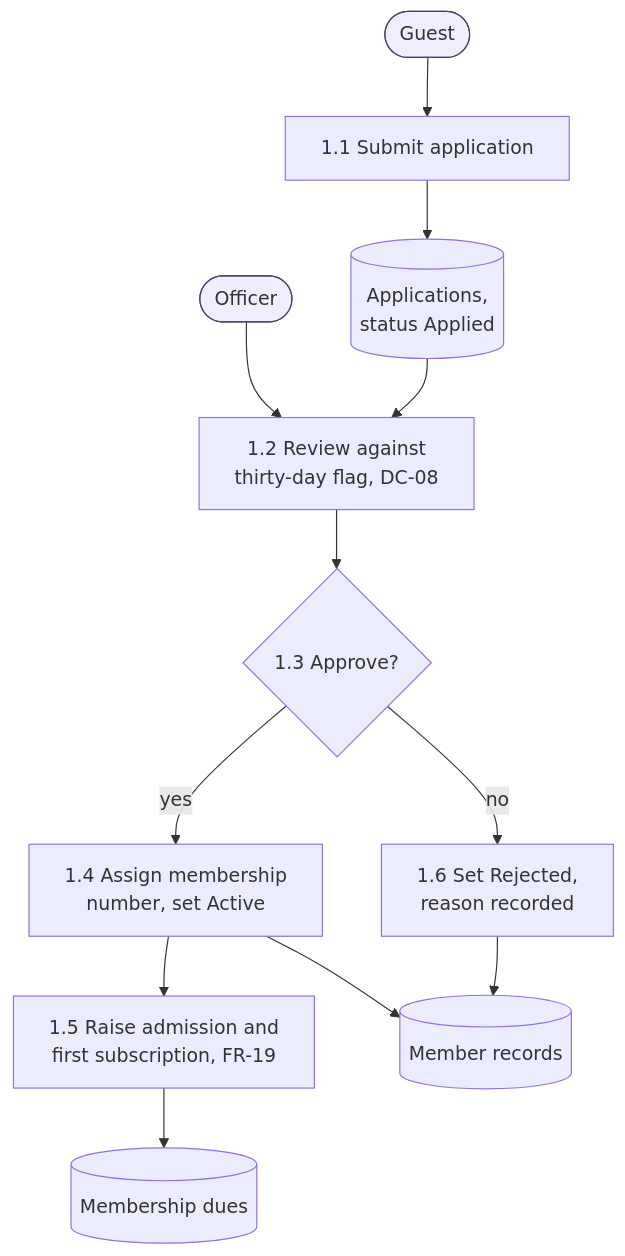
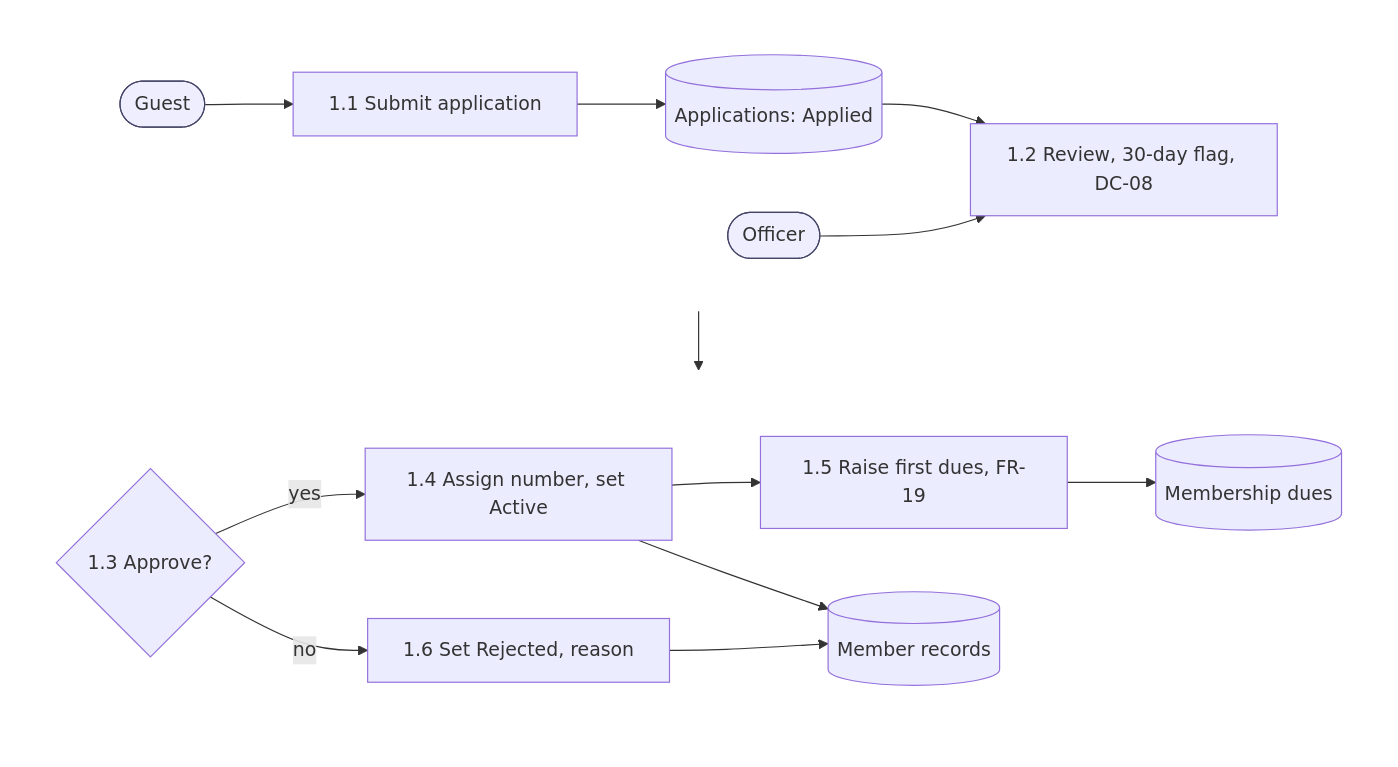
Before and after one commit to shalin-rahman/GHCAA: the fourth of 19 diagrams in docs/book/05-system-analysis.md, drawn with Mermaid. The commit also changed other lines of this file and 42 other files, not shown here.

````diff
--- a/docs/book/05-system-analysis.md
+++ b/docs/book/05-system-analysis.md
@@ -293,15 +293,18 @@
 ```mermaid
 flowchart TB
-    G([Guest]):::ext --> P11[1.1 Submit application]
-    P11 --> D11[(Applications,<br/>status Applied)]
-    A([Officer]):::ext --> P12[1.2 Review against<br/>thirty-day flag, DC-08]
-    D11 --> P12
-    P12 --> P13{1.3 Approve?}
-    P13 -->|yes| P14[1.4 Assign membership<br/>number, set Active]
-    P14 --> P15[1.5 Raise admission and<br/>first subscription, FR-19]
-    P15 --> D12[(Membership dues)]
-    P13 -->|no| P16[1.6 Set Rejected,<br/>reason recorded]
-    P14 --> D13[(Member records)]
-    P16 --> D13
+    subgraph R1[" "]
+      direction LR
+      G([Guest]):::ext --> P11[1.1 Submit application] --> D11[(Applications: Applied)] --> P12[1.2 Review, 30-day flag, DC-08]
+      A([Officer]):::ext --> P12
+    end
+    subgraph R2[" "]
+      direction LR
+      P13{1.3 Approve?} -->|yes| P14[1.4 Assign number, set Active] --> P15[1.5 Raise first dues, FR-19] --> D12[(Membership dues)]
+      P14 --> D13[(Member records)]
+      P13 -->|no| P16[1.6 Set Rejected, reason] --> D13
+    end
+    R1 --> R2
+    style R1 fill:none,stroke:none
+    style R2 fill:none,stroke:none
     classDef ext fill:#eef,stroke:#446
 ```
````
